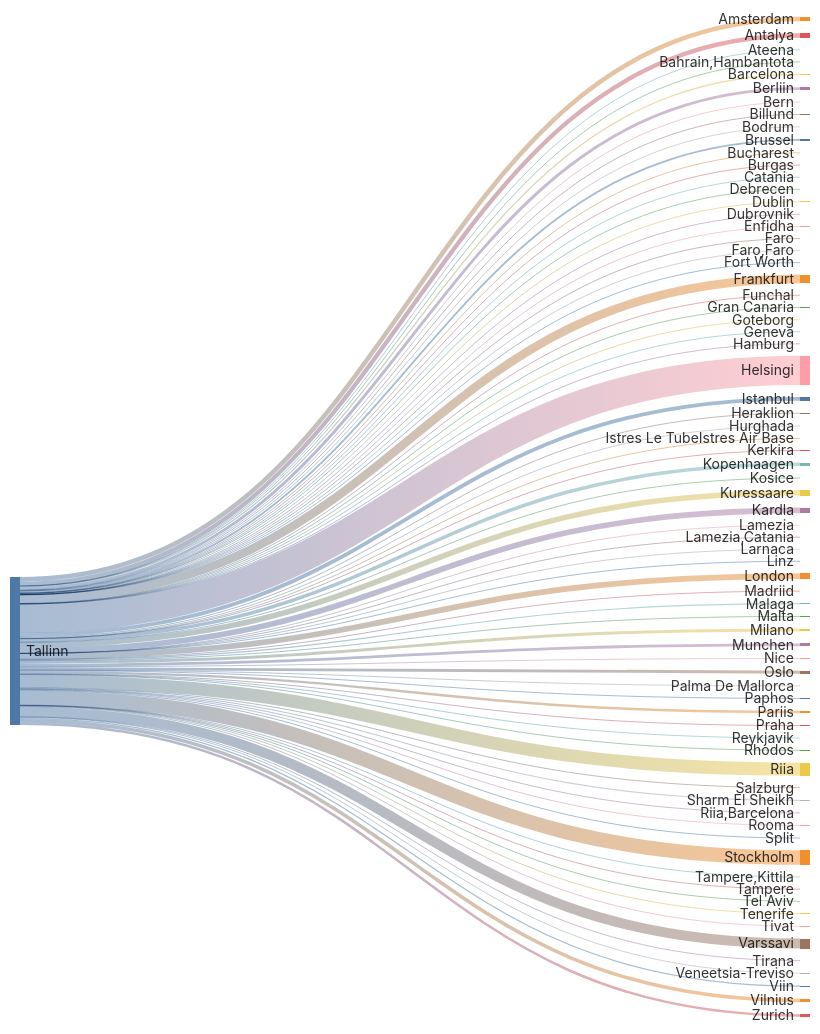
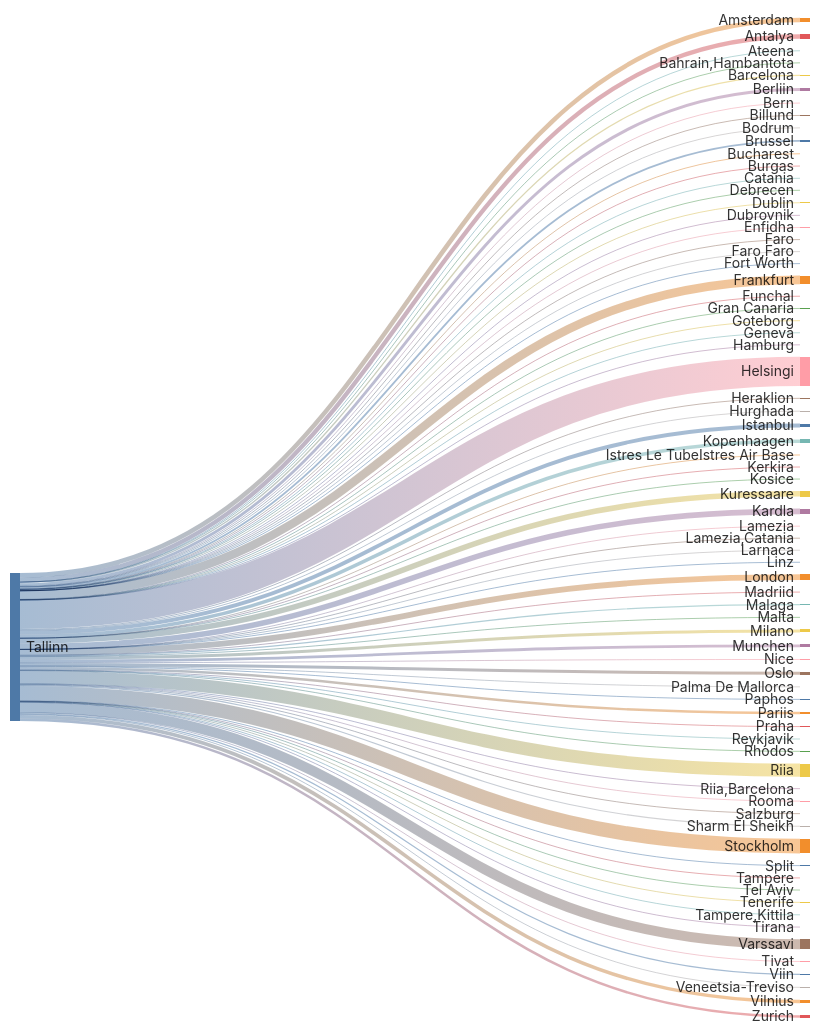
The second of 2 diagrams in README.md (rainermesi/tll-airport-departures), drawn with Mermaid before and after one commit. The commit also changed other lines of this file and 1 other file, not shown here.

````diff
--- a/README.md
+++ b/README.md
@@ -41,78 +41,78 @@
 ---
 sankey-beta
 %% source,target,value
-Tallinn,Amsterdam,397
-Tallinn,Antalya,378
+Tallinn,Amsterdam,399
+Tallinn,Antalya,379
 Tallinn,Ateena,16
 Tallinn,"Bahrain,Hambantota",1
 Tallinn,Barcelona,111
-Tallinn,Berliin,256
+Tallinn,Berliin,258
 Tallinn,Bern,1
 Tallinn,Billund,65
 Tallinn,Bodrum,11
-Tallinn,Brussel,162
+Tallinn,Brussel,163
 Tallinn,Bucharest,1
 Tallinn,Burgas,41
 Tallinn,Catania,2
 Tallinn,Debrecen,1
-Tallinn,Dublin,82
+Tallinn,Dublin,83
 Tallinn,Dubrovnik,21
 Tallinn,Enfidha,7
 Tallinn,Faro,4
 Tallinn,"Faro,Faro",1
 Tallinn,Fort Worth,1
-Tallinn,Frankfurt,752
+Tallinn,Frankfurt,755
 Tallinn,Funchal,5
 Tallinn,Geneva,13
 Tallinn,Gran Canaria,38
 Tallinn,Goteborg,1
 Tallinn,Hamburg,2
-Tallinn,Helsingi,2550
-Tallinn,Heraklion,75
+Tallinn,Helsingi,2559
+Tallinn,Heraklion,76
 Tallinn,Hurghada,75
-Tallinn,Istanbul,336
+Tallinn,Istanbul,337
 Tallinn,Istres Le TubeIstres Air Base,2
 Tallinn,Kerkira,4
-Tallinn,Kopenhaagen,310
+Tallinn,Kopenhaagen,311
 Tallinn,Kosice,1
-Tallinn,Kuressaare,488
-Tallinn,Kardla,488
+Tallinn,Kuressaare,489
+Tallinn,Kardla,489
 Tallinn,Lamezia,1
 Tallinn,"Lamezia,Catania",3
 Tallinn,Larnaca,4
 Tallinn,Linz,2
-Tallinn,London,510
+Tallinn,London,512
 Tallinn,Madriid,1
 Tallinn,Malaga,101
 Tallinn,Malta,23
-Tallinn,Milano,259
-Tallinn,Munchen,245
-Tallinn,Nice,39
-Tallinn,Oslo,262
+Tallinn,Milano,260
+Tallinn,Munchen,247
+Tallinn,Nice,40
+Tallinn,Oslo,264
 Tallinn,Palma De Mallorca,27
 Tallinn,Paphos,66
-Tallinn,Pariis,214
-Tallinn,Praha,67
+Tallinn,Pariis,215
+Tallinn,Praha,68
 Tallinn,Reykjavik,8
 Tallinn,Rhodos,47
-Tallinn,Riia,1146
+Tallinn,Riia,1150
 Tallinn,"Riia,Barcelona",1
 Tallinn,Rooma,80
 Tallinn,Salzburg,14
 Tallinn,Sharm El Sheikh,97
-Tallinn,Split,40
-Tallinn,Stockholm,1278
+Tallinn,Split,41
+Tallinn,Stockholm,1282
 Tallinn,Tampere,17
 Tallinn,"Tampere,Kittila",21
 Tallinn,Tel Aviv,1
 Tallinn,Tenerife,58
 Tallinn,Tirana,21
-Tallinn,Tivat,47
-Tallinn,Varssavi,880
+Tallinn,Tivat,48
+Tallinn,Varssavi,884
 Tallinn,Veneetsia-Treviso,67
 Tallinn,Viin,106
-Tallinn,Vilnius,315
-Tallinn,Zurich,220
+Tallinn,Vilnius,316
+Tallinn,Zurich,221
 
 
 ```
````
